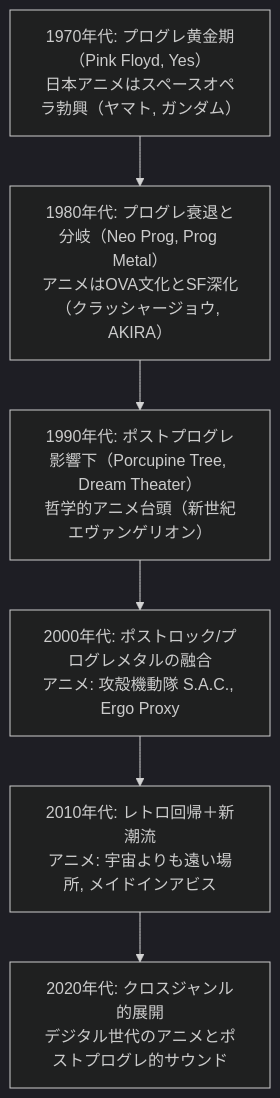
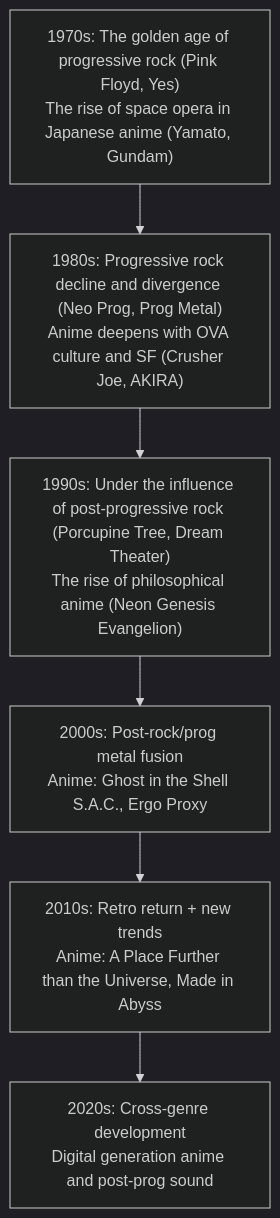
One commit to monumental-movement/monumental-movement.github.io changed the diagram in en/_posts/2025-09-17-Column-Progressive-Rock-Anime.md. Above: the diagram before and after it, drawn with Mermaid (dark theme). The commit also changed 152 other files, not shown here.

```diff
--- a/en/_posts/2025-09-17-Column-Progressive-Rock-Anime.md
+++ b/en/_posts/2025-09-17-Column-Progressive-Rock-Anime.md
@@ -41,13 +41,13 @@
 <div class="mermaid">
 
 flowchart TD
-    P1970["1970年代: プログレ黄金期（Pink Floyd, Yes）\n日本アニメはスペースオペラ勃興（ヤマト, ガンダム）"]
-    P1980["1980年代: プログレ衰退と分岐（Neo Prog, Prog Metal）\nアニメはOVA文化とSF深化（クラッシャージョウ, AKIRA）"]
-    P1990["1990年代: ポストプログレ影響下（Porcupine Tree, Dream Theater）\n哲学的アニメ台頭（新世紀エヴァンゲリオン）"]
-    P2000["2000年代: ポストロック/プログレメタルの融合\nアニメ: 攻殻機動隊 S.A.C., Ergo Proxy"]
-    P2010["2010年代: レトロ回帰＋新潮流\nアニメ: 宇宙よりも遠い場所, メイドインアビス"]
-    P2020["2020年代: クロスジャンル的展開\nデジタル世代のアニメとポストプログレ的サウンド"]
+    P1970["1970s: The golden age of progressive rock (Pink Floyd, Yes)\nThe rise of space opera in Japanese anime (Yamato, Gundam)"]
+    P1980["1980s: Progressive rock decline and divergence (Neo Prog, Prog Metal)\nAnime deepens with OVA culture and SF (Crusher Joe, AKIRA)"]
+    P1990["1990s: Under the influence of post-progressive rock (Porcupine Tree, Dream Theater)\nThe rise of philosophical anime (Neon Genesis Evangelion)"]
+    P2000["2000s: Post-rock/prog metal fusion\nAnime: Ghost in the Shell S.A.C., Ergo Proxy"]
+    P2010["2010s: Retro return + new trends\nAnime: A Place Further than the Universe, Made in Abyss"]
+    P2020["2020s: Cross-genre development\nDigital generation anime and post-prog sound"]
 
     P1970 --> P1980 --> P1990 --> P2000 --> P2010 --> P2020
 
 </div>
```
